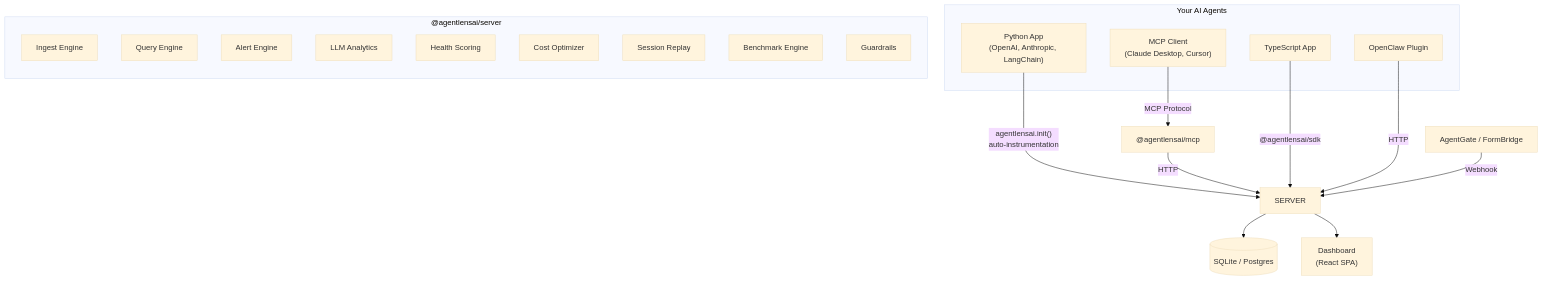
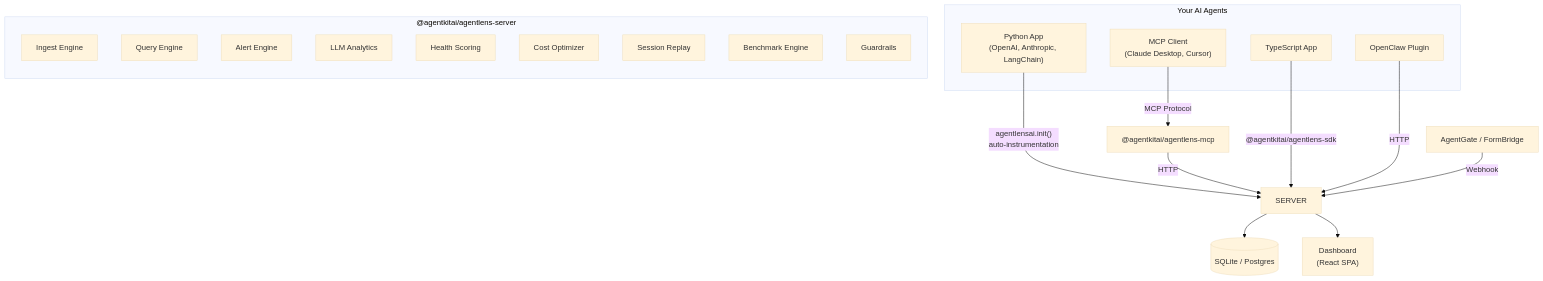
One commit to agentkitai/agentlens changed the diagram in README.md. Above: the diagram before and after it, drawn with Mermaid (base theme). The commit also changed other lines of this file and 302 other files, not shown here.

````diff
--- a/README.md
+++ b/README.md
@@ -117,33 +117,33 @@
 ```mermaid
 graph TB
     subgraph Agents["Your AI Agents"]
         PY["Python App<br/>(OpenAI, Anthropic, LangChain)"]
         MCP_C["MCP Client<br/>(Claude Desktop, Cursor)"]
         TS["TypeScript App"]
         OC["OpenClaw Plugin"]
     end
 
     PY -->|"agentlensai.init()<br/>auto-instrumentation"| SERVER
-    MCP_C -->|MCP Protocol| MCP_S["@agentlensai/mcp"]
+    MCP_C -->|MCP Protocol| MCP_S["@agentkitai/agentlens-mcp"]
     MCP_S -->|HTTP| SERVER
-    TS -->|"@agentlensai/sdk"| SERVER
+    TS -->|"@agentkitai/agentlens-sdk"| SERVER
     OC -->|HTTP| SERVER
 
-    subgraph Server["@agentlensai/server"]
+    subgraph Server["@agentkitai/agentlens-server"]
         direction TB
         INGEST[Ingest Engine]
         QUERY[Query Engine]
         ALERT[Alert Engine]
         LLM_A[LLM Analytics]
         HEALTH[Health Scoring]
         COST[Cost Optimizer]
         REPLAY[Session Replay]
         BENCH[Benchmark Engine]
         GUARD[Guardrails]
     end
 
     SERVER --> DB[(SQLite / Postgres)]
     SERVER --> DASH["Dashboard<br/>(React SPA)"]
 
     EXT["AgentGate / FormBridge"] -->|Webhook| SERVER
 ```
````
